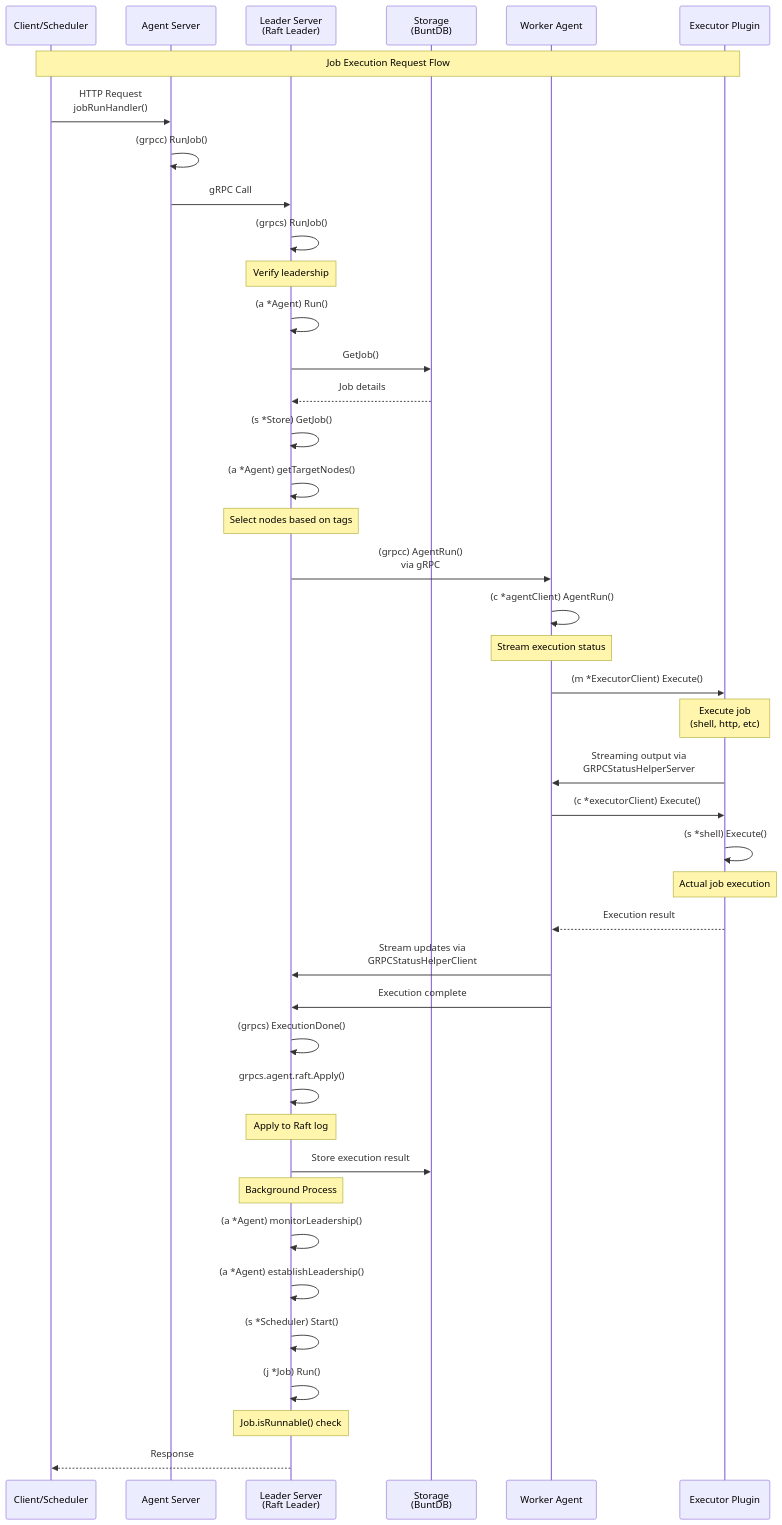
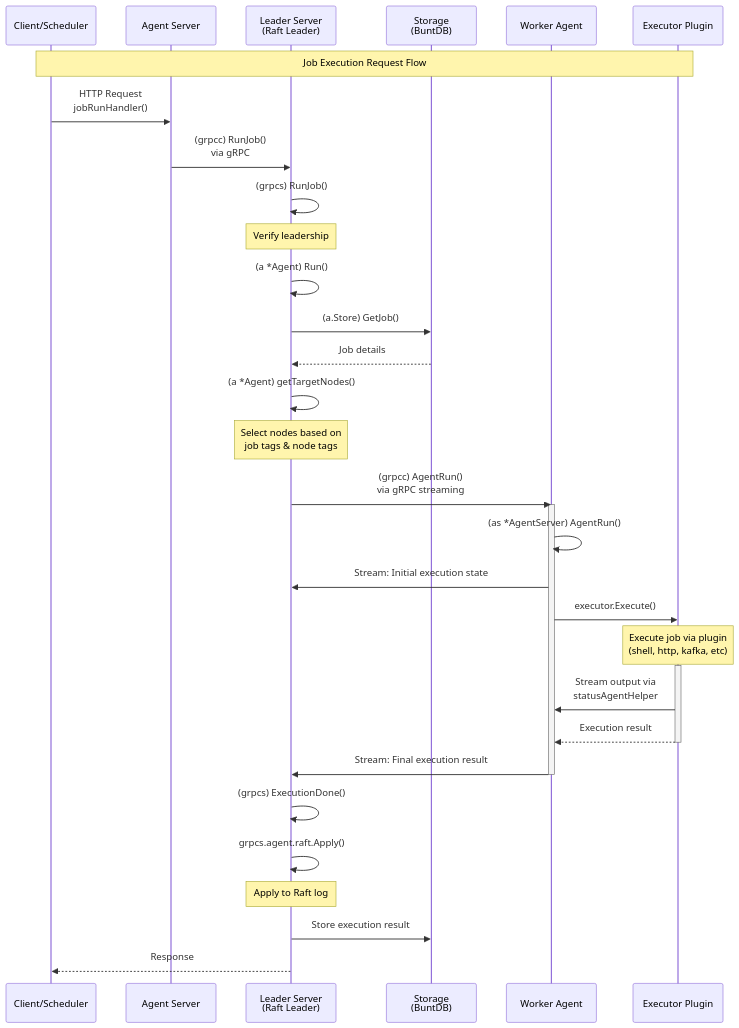
Before and after one commit to distribworks/dkron: the third of 3 diagrams in website/docs/intro.md, drawn with Mermaid. The commit also changed other lines of this file, not shown here.

Commit message:
Simplify and improve architecture diagram based on code review feedback

````diff
--- a/website/docs/intro.md
+++ b/website/docs/intro.md
@@ -97,65 +97,52 @@
 ```mermaid
 sequenceDiagram
     participant Client as Client/Scheduler
     participant AS as Agent Server
     participant Leader as Leader Server<br/>(Raft Leader)
     participant Store as Storage<br/>(BuntDB)
     participant Worker as Worker Agent
     participant Executor as Executor Plugin
     
     Note over Client,Executor: Job Execution Request Flow
     
     %% Request arrives
     Client->>AS: HTTP Request<br/>jobRunHandler()
-    AS->>AS: (grpcc) RunJob()
-    AS->>Leader: gRPC Call
+    AS->>Leader: (grpcc) RunJob()<br/>via gRPC
     
     %% Leader processing
     Leader->>Leader: (grpcs) RunJob()
     Note over Leader: Verify leadership
     Leader->>Leader: (a *Agent) Run()
     
-    Leader->>Store: GetJob()
+    Leader->>Store: (a.Store) GetJob()
     Store-->>Leader: Job details
     
-    Leader->>Leader: (s *Store) GetJob()
     Leader->>Leader: (a *Agent) getTargetNodes()
-    Note over Leader: Select nodes based on tags
+    Note over Leader: Select nodes based on<br/>job tags & node tags
     
     %% Execution on worker
-    Leader->>Worker: (grpcc) AgentRun()<br/>via gRPC
+    Leader->>Worker: (grpcc) AgentRun()<br/>via gRPC streaming
     
-    Worker->>Worker: (c *agentClient) AgentRun()
-    Note over Worker: Stream execution status
+    activate Worker
+    Worker->>Worker: (as *AgentServer) AgentRun()
+    Worker->>Leader: Stream: Initial execution state
     
-    Worker->>Executor: (m *ExecutorClient) Execute()
-    Note over Executor: Execute job<br/>(shell, http, etc)
+    Worker->>Executor: executor.Execute()
+    Note over Executor: Execute job via plugin<br/>(shell, http, kafka, etc)
     
-    Executor->>Worker: Streaming output via<br/>GRPCStatusHelperServer
+    activate Executor
+    Executor->>Worker: Stream output via<br/>statusAgentHelper
+    Executor-->>Worker: Execution result
+    deactivate Executor
     
-    Worker->>Executor: (c *executorClient) Execute()
-    Executor->>Executor: (s *shell) Execute()
-    Note over Executor: Actual job execution
-    
-    Executor-->>Worker: Execution result
-    Worker->>Leader: Stream updates via<br/>GRPCStatusHelperClient
+    Worker->>Leader: Stream: Final execution result
+    deactivate Worker
     
     %% Completion and storage
-    Worker->>Leader: Execution complete
     Leader->>Leader: (grpcs) ExecutionDone()
     Leader->>Leader: grpcs.agent.raft.Apply()
     Note over Leader: Apply to Raft log
     
     Leader->>Store: Store execution result
-    
-    %% Leadership monitoring
-    Note over Leader: Background Process
-    Leader->>Leader: (a *Agent) monitorLeadership()
-    Leader->>Leader: (a *Agent) establishLeadership()
-    Leader->>Leader: (s *Scheduler) Start()
-    
-    Leader->>Leader: (j *Job) Run()
-    Note over Leader: Job.isRunnable() check
-    
     Leader-->>Client: Response
 ```
````
